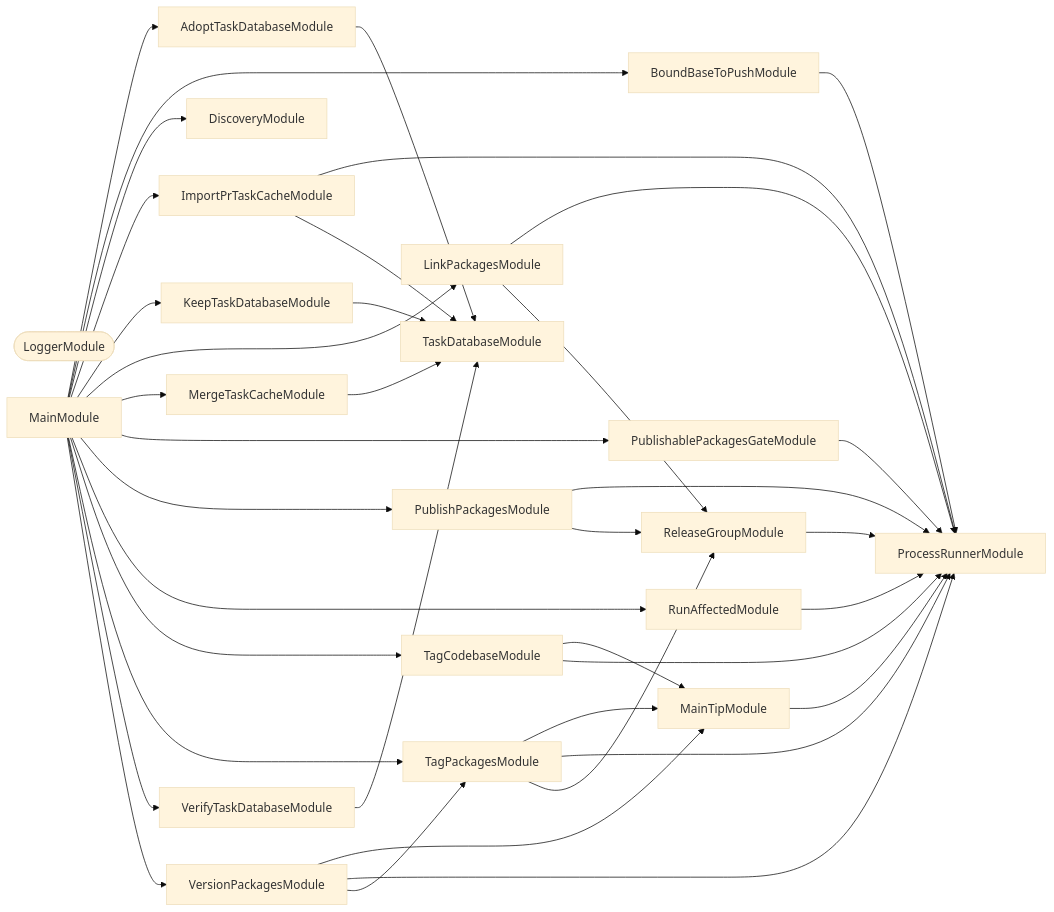
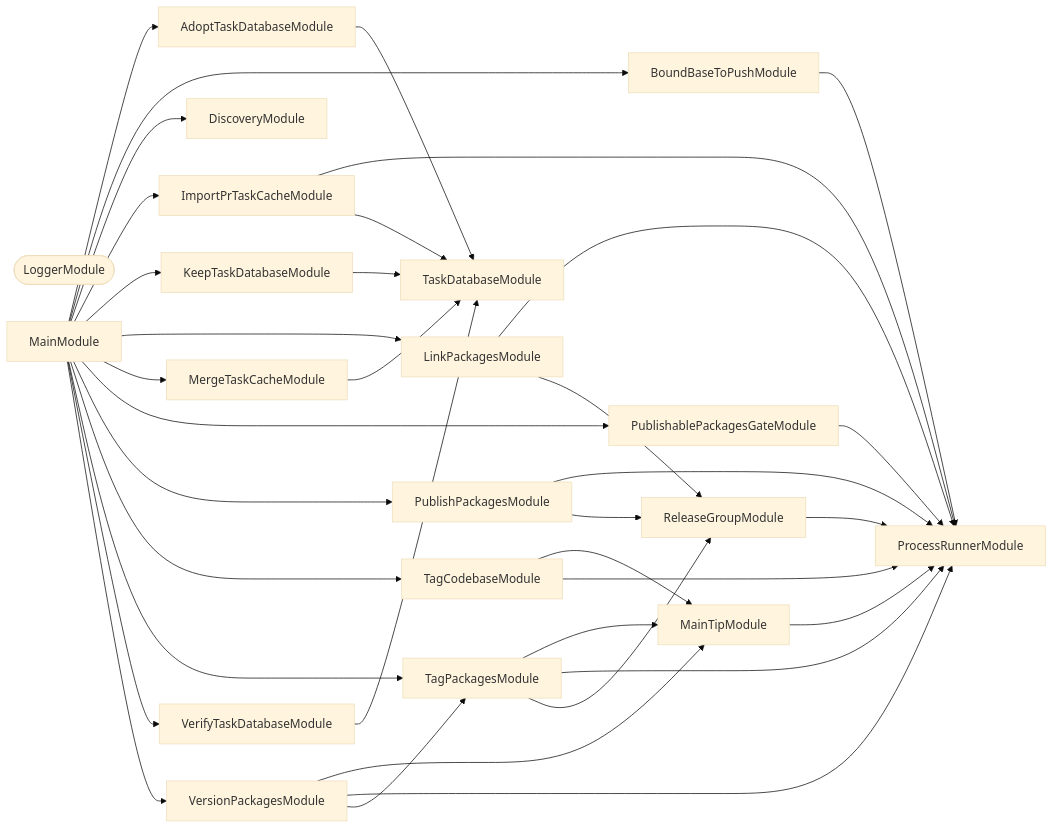
The second of 3 diagrams in projects/publication/README.md (organizzolini/codebase), drawn with Mermaid (base theme) before and after one commit. The commit also changed other lines of this file and 61 other files, not shown here.

````diff
--- a/projects/publication/README.md
+++ b/projects/publication/README.md
@@ -359,60 +337,57 @@
 ```mermaid
 flowchart LR
   AdoptTaskDatabaseModule
   BoundBaseToPushModule
   DiscoveryModule
   ImportPrTaskCacheModule
   KeepTaskDatabaseModule
   LinkPackagesModule
   LoggerModule([LoggerModule])
   MainModule
   MainTipModule
   MergeTaskCacheModule
   ProcessRunnerModule
   PublishablePackagesGateModule
   PublishPackagesModule
   ReleaseGroupModule
-  RunAffectedModule
   TagCodebaseModule
   TagPackagesModule
   TaskDatabaseModule
   VerifyTaskDatabaseModule
   VersionPackagesModule
   AdoptTaskDatabaseModule --> TaskDatabaseModule
   BoundBaseToPushModule --> ProcessRunnerModule
   ImportPrTaskCacheModule --> ProcessRunnerModule
   ImportPrTaskCacheModule --> TaskDatabaseModule
   KeepTaskDatabaseModule --> TaskDatabaseModule
   LinkPackagesModule --> ProcessRunnerModule
   LinkPackagesModule --> ReleaseGroupModule
   MainModule --> AdoptTaskDatabaseModule
   MainModule --> BoundBaseToPushModule
   MainModule --> DiscoveryModule
   MainModule --> ImportPrTaskCacheModule
   MainModule --> KeepTaskDatabaseModule
   MainModule --> LinkPackagesModule
   MainModule --> MergeTaskCacheModule
   MainModule --> PublishablePackagesGateModule
   MainModule --> PublishPackagesModule
-  MainModule --> RunAffectedModule
   MainModule --> TagCodebaseModule
   MainModule --> TagPackagesModule
   MainModule --> VerifyTaskDatabaseModule
   MainModule --> VersionPackagesModule
   MainTipModule --> ProcessRunnerModule
   MergeTaskCacheModule --> TaskDatabaseModule
   PublishablePackagesGateModule --> ProcessRunnerModule
   PublishPackagesModule --> ProcessRunnerModule
   PublishPackagesModule --> ReleaseGroupModule
   ReleaseGroupModule --> ProcessRunnerModule
-  RunAffectedModule --> ProcessRunnerModule
   TagCodebaseModule --> MainTipModule
   TagCodebaseModule --> ProcessRunnerModule
   TagPackagesModule --> MainTipModule
   TagPackagesModule --> ProcessRunnerModule
   TagPackagesModule --> ReleaseGroupModule
   VerifyTaskDatabaseModule --> TaskDatabaseModule
   VersionPackagesModule --> MainTipModule
   VersionPackagesModule --> ProcessRunnerModule
   VersionPackagesModule --> TagPackagesModule
 ```
````
